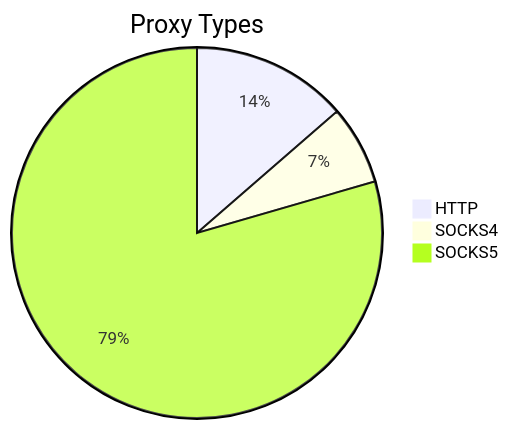
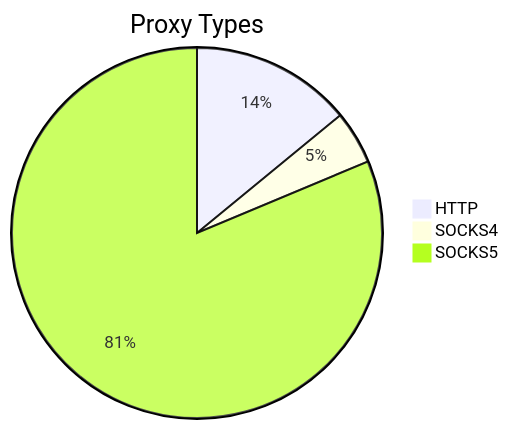
One commit to stormsia/proxy-list changed the first of 2 diagrams in README.md. Above: the diagram before and after it, drawn with Mermaid. The commit also changed other lines of this file, not shown here.

````diff
--- a/README.md
+++ b/README.md
@@ -21,6 +21,6 @@
 ```mermaid
 pie title Proxy Types
-    "HTTP" : 166
-    "SOCKS4" : 84
-    "SOCKS5" : 969
+    "HTTP" : 112
+    "SOCKS4" : 37
+    "SOCKS5" : 648
 ```
````
